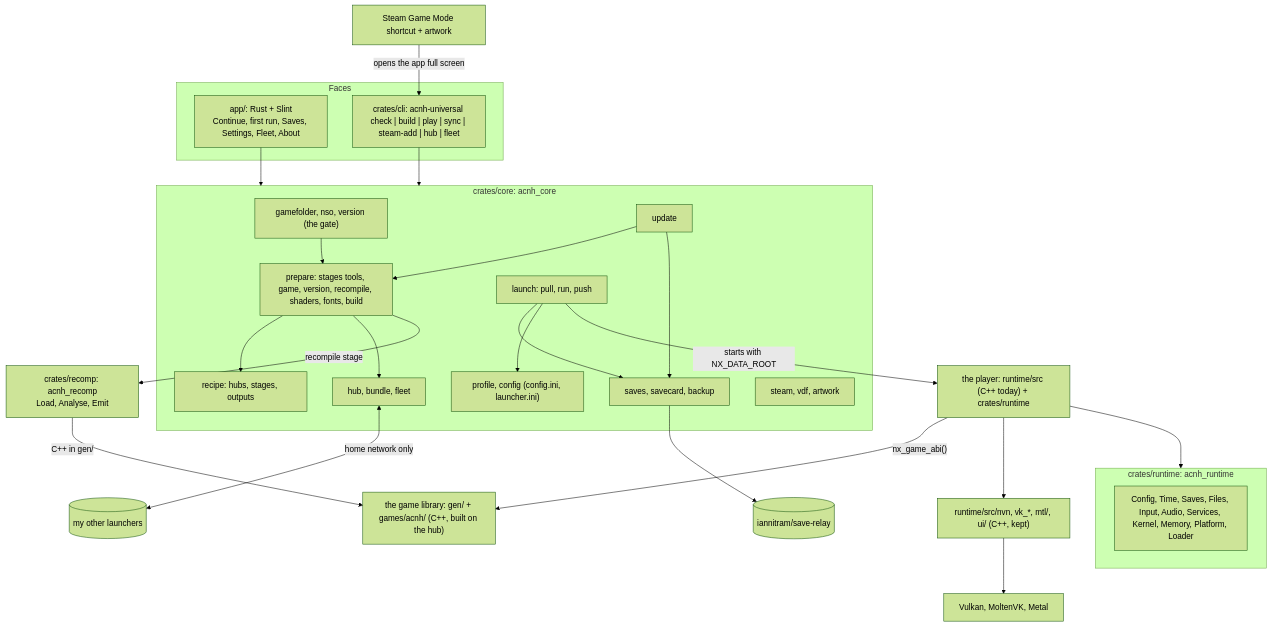
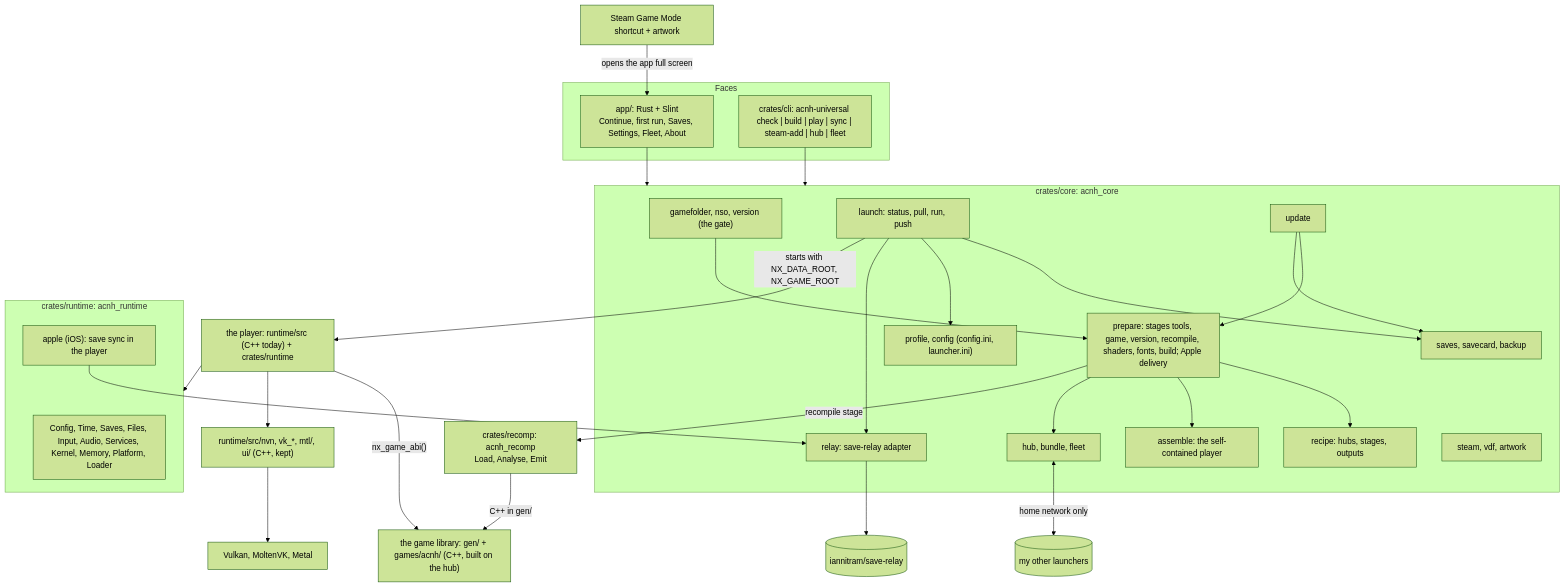
Before and after one commit to iannitram/ACNH-Universal: the diagram in docs/code-map.md, drawn with Mermaid (forest theme). The commit also changed other lines of this file and 1 other file, not shown here.

First line of the commit message:
docs: revise the roadmap and code map as of 2026-11-23

````diff
--- a/docs/code-map.md
+++ b/docs/code-map.md
@@ -35,32 +35,36 @@
 ```mermaid
 flowchart TD
     subgraph Faces
       App["app/: Rust + Slint<br/>Continue, first run, Saves, Settings, Fleet, About"]
       CLI["crates/cli: acnh-universal check | build | play | sync | steam-add | hub | fleet"]
     end
-    Steam["Steam Game Mode shortcut + artwork"] -->|"opens the app full screen"| CLI
+    Steam["Steam Game Mode shortcut + artwork"] -->|"opens the app full screen"| App
     App --> Core
     CLI --> Core
     subgraph Core["crates/core: acnh_core"]
-      Folder["gamefolder, nso, version (the gate)"] --> Prepare["prepare: stages tools, game, version, recompile, shaders, fonts, build"]
+      Folder["gamefolder, nso, version (the gate)"] --> Prepare["prepare: stages tools, game, version, recompile, shaders, fonts, build; Apple delivery"]
       Prepare --> Recipe["recipe: hubs, stages, outputs"]
-      Launch["launch: pull, run, push"] --> Saves["saves, savecard, backup"]
+      Prepare --> Assemble["assemble: the self-contained player"]
+      Launch["launch: status, pull, run, push"] --> Saves["saves, savecard, backup"]
       Launch --> Profile["profile, config (config.ini, launcher.ini)"]
+      Launch --> Relay["relay: save-relay adapter"]
       Prepare --> Hub["hub, bundle, fleet"]
       SteamMod["steam, vdf, artwork"]
       Update["update"] --> Prepare
       Update --> Saves
     end
     Prepare -->|"recompile stage"| Recomp["crates/recomp: acnh_recomp<br/>Load, Analyse, Emit"]
     Recomp -->|"C++ in gen/"| GameLib["the game library: gen/ + games/acnh/ (C++, built on the hub)"]
-    Launch -->|"starts with NX_DATA_ROOT"| Player["the player: runtime/src (C++ today) + crates/runtime"]
+    Launch -->|"starts with NX_DATA_ROOT, NX_GAME_ROOT"| Player["the player: runtime/src (C++ today) + crates/runtime"]
     subgraph Runtime["crates/runtime: acnh_runtime"]
       Svc["Config, Time, Saves, Files, Input, Audio, Services, Kernel, Memory, Platform, Loader"]
+      Apple["apple (iOS): save sync in the player"]
     end
     Player --> Runtime
+    Apple --> Relay
     Player -->|"nx_game_abi()"| GameLib
     Player --> NVN["runtime/src/nvn, vk_*, mtl/, ui/ (C++, kept)"]
     NVN --> VK["Vulkan, MoltenVK, Metal"]
-    Saves --> SR[("iannitram/save-relay")]
+    Relay --> SR[("iannitram/save-relay")]
     Hub <-->|"home network only"| Peers[("my other launchers")]
 ```
````
